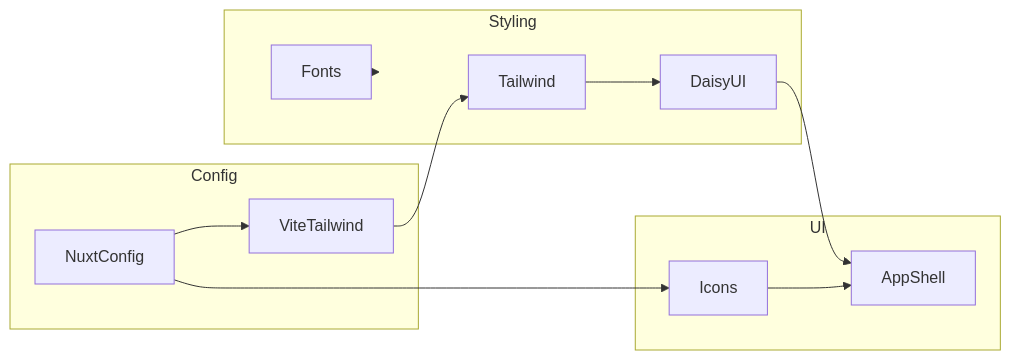
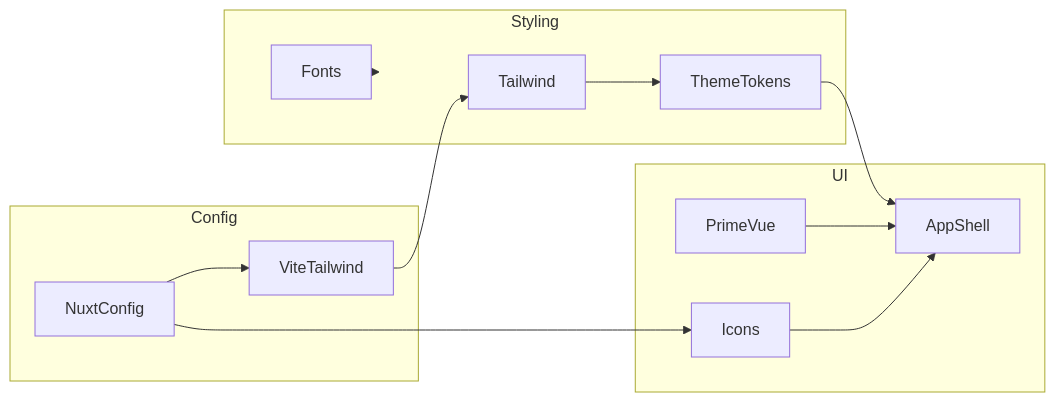
The diagram in codebase-docs/ARCHITECTURE.md (michaelnji/kira), drawn with Mermaid before and after one commit. The commit also changed other lines of this file and 16 other files, not shown here.

First line of the commit message:
feat: replace DaisyUI with PrimeVue and implement semantic theme tokens

````diff
--- a/codebase-docs/ARCHITECTURE.md
+++ b/codebase-docs/ARCHITECTURE.md
@@ -51,24 +61,26 @@
 ```mermaid
 flowchart LR
   subgraph Config
     NuxtConfig
     ViteTailwind
   end
   subgraph Styling
     Tailwind
-    DaisyUI
     Fonts
+    ThemeTokens
   end
   subgraph UI
     AppShell
+    PrimeVue
     Icons
   end
 
   NuxtConfig --> ViteTailwind
   ViteTailwind --> Tailwind
-  Tailwind --> DaisyUI
-  DaisyUI --> AppShell
+  Tailwind --> ThemeTokens
+  ThemeTokens --> AppShell
+  PrimeVue --> AppShell
   Fonts --> Styling
   NuxtConfig --> Icons
   Icons --> AppShell
 ```
````
